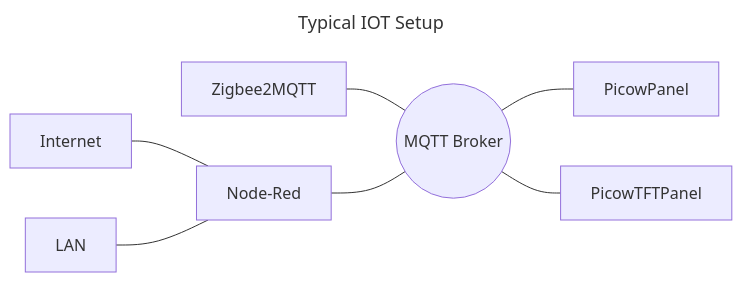
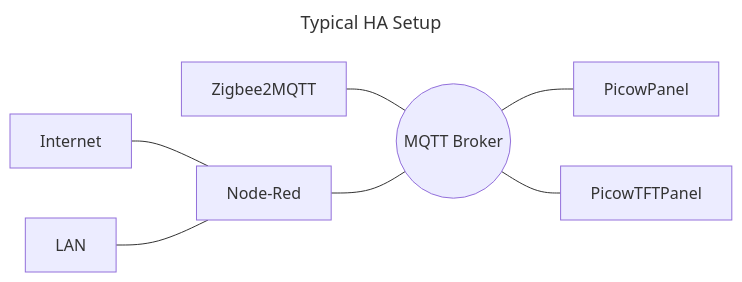
The diagram in README.md (SMerrony/picowtftpanel), drawn with Mermaid before and after one commit. The commit also changed other lines of this file and 1 other file, not shown here.

Commit message:
Tweak layout, add photo, update README

````diff
--- a/README.md
+++ b/README.md
@@ -10,12 +12,12 @@
 ```mermaid
 ---
-title: Typical IOT Setup
+title: Typical HA Setup
 ---
 flowchart LR
     I[Internet] --- | | R[Node-Red]
     L[LAN] --- R
     Z[Zigbee2MQTT] --- M
     R ---| |M((MQTT Broker))
     M ---| |P[PicowPanel]
     M ---| |PT[PicowTFTPanel]
 ```
````
